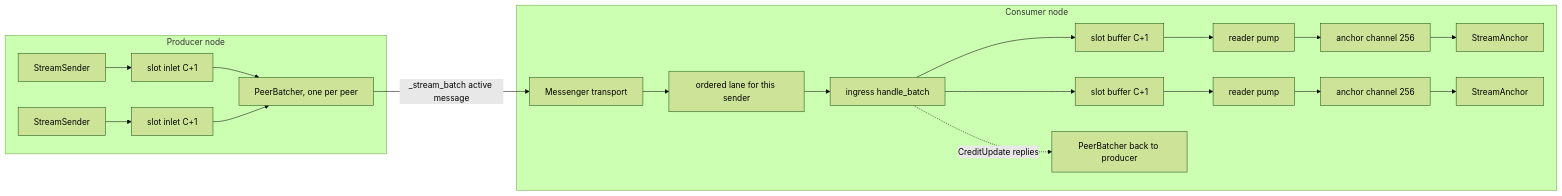
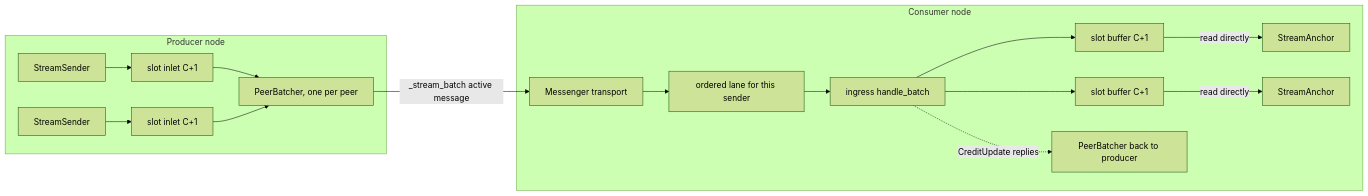
The first of 2 diagrams in docs/src/concepts/batched-streaming.md (ai-dynamo/velo), drawn with Mermaid (forest theme) before and after one commit. The commit also changed other lines of this file and 37 other files, not shown here.

````diff
--- a/docs/src/concepts/batched-streaming.md
+++ b/docs/src/concepts/batched-streaming.md
@@ -49,19 +49,19 @@
 ```mermaid
 flowchart LR
     subgraph Producer node
         S1[StreamSender] --> I1[slot inlet C+1]
         S2[StreamSender] --> I2[slot inlet C+1]
         I1 --> B[PeerBatcher, one per peer]
         I2 --> B
     end
     B -->|_stream_batch active message| M[Messenger transport]
     subgraph Consumer node
         M --> L[ordered lane for this sender]
         L --> H[ingress handle_batch]
         H --> Q1[slot buffer C+1]
         H --> Q2[slot buffer C+1]
-        Q1 --> P1[reader pump] --> A1[anchor channel 256] --> C1[StreamAnchor]
-        Q2 --> P2[reader pump] --> A2[anchor channel 256] --> C2[StreamAnchor]
+        Q1 -->|read directly| C1[StreamAnchor]
+        Q2 -->|read directly| C2[StreamAnchor]
         H -.->|CreditUpdate replies| RB[PeerBatcher back to producer]
     end
 ```
````
